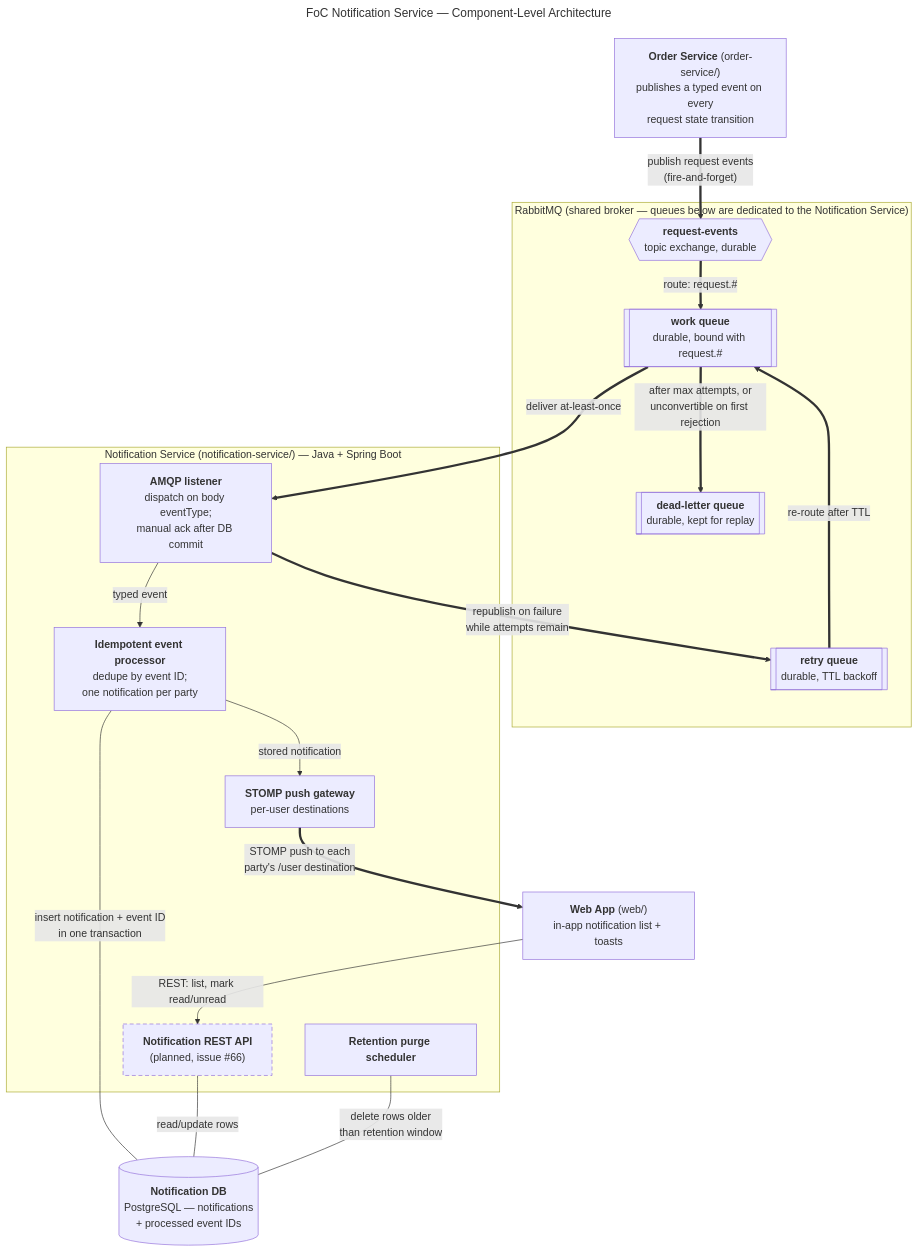
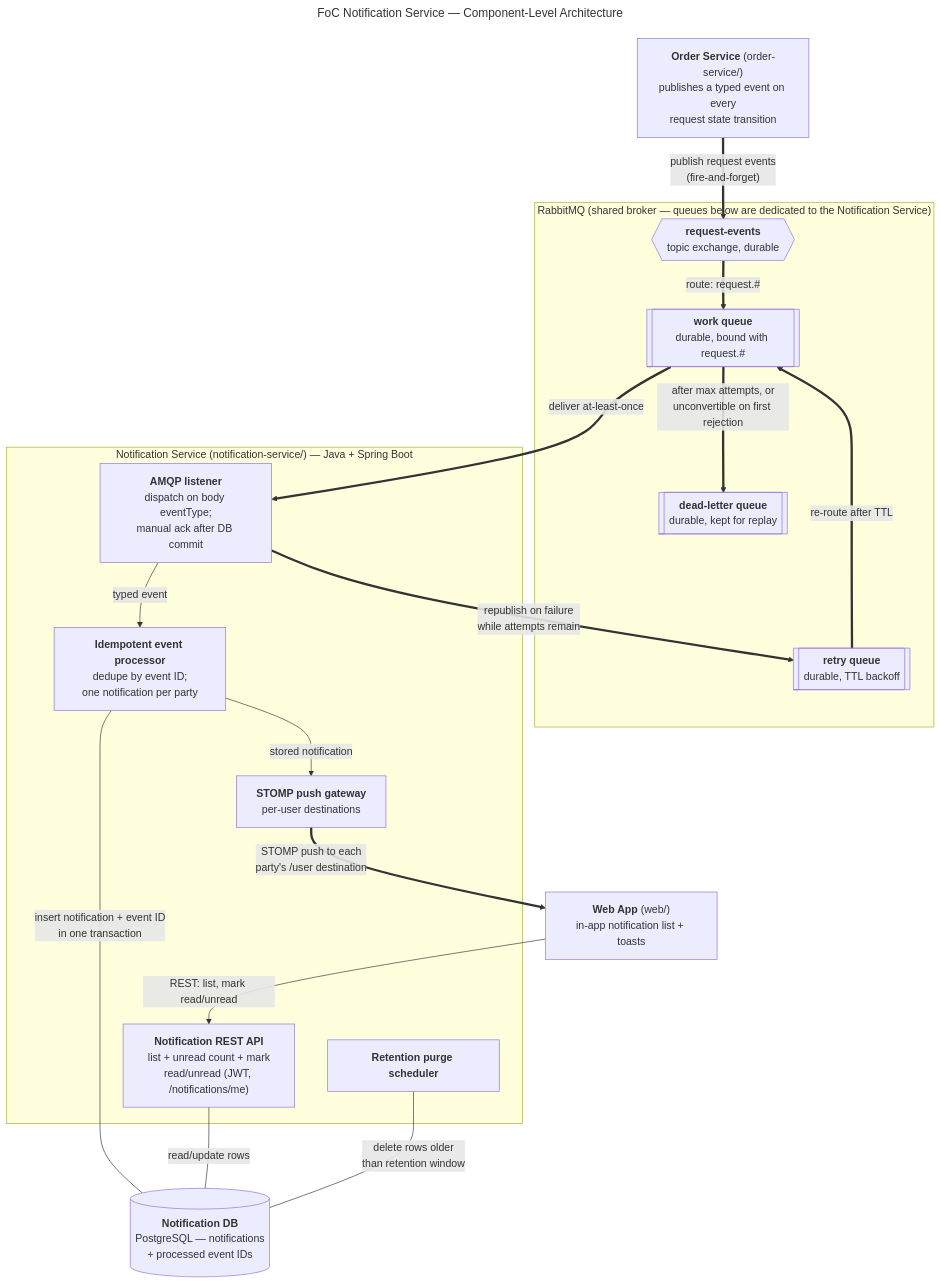
One commit to AY2627S1-CS3219-P23/foc changed the diagram in docs/notification-service.mmd. Above: the diagram before and after it, drawn with Mermaid. The commit also changed 55 other files, not shown here.

First line of the commit message:
feat(notification): REST API — list, unread count, mark read/unread (#66)

```diff
--- a/docs/notification-service.mmd
+++ b/docs/notification-service.mmd
@@ -1,48 +1,47 @@
 ---
 title: "FoC Notification Service — Component-Level Architecture"
 ---
 %% AI-assisted (CS3219 AI Usage Policy disclosure):
 %% Tool: Claude Code (Fable 5), 2026-09-15 – 2026-09-21.
 %% Scope: drew the team-decided design (decisions D1-D22, made by
 %% Leong Wei Zhi, recorded in docs/notification-service.md); the tool
 %% made no design decisions.
 %% Reviewed by: Leong Wei Zhi (via pull request).
+%% 2026-10-17, Claude Code (Fable 5), issue #66: the REST API node is
+%% built — dashed "planned" styling removed, label updated.
 %% Legend, decisions and traceability: see docs/notification-service.md
 flowchart TB
     ORDER_SVC["<b>Order Service</b> (order-service/)<br/>publishes a typed event on every<br/>request state transition"]
     WEB["<b>Web App</b> (web/)<br/>in-app notification list + toasts"]
 
     subgraph RABBIT ["RabbitMQ (shared broker — queues below are dedicated to the Notification Service)"]
         EXCH{{"<b>request-events</b><br/>topic exchange, durable"}}
         WORKQ[["<b>work queue</b><br/>durable, bound with request.#"]]
         RETRYQ[["<b>retry queue</b><br/>durable, TTL backoff"]]
         DLQ[["<b>dead-letter queue</b><br/>durable, kept for replay"]]
     end
 
     subgraph NOTIF ["Notification Service (notification-service/) — Java + Spring Boot"]
         LISTENER["<b>AMQP listener</b><br/>dispatch on body eventType;<br/>manual ack after DB commit"]
         PROCESSOR["<b>Idempotent event processor</b><br/>dedupe by event ID;<br/>one notification per party"]
-        API["<b>Notification REST API</b><br/>(planned, issue #66)"]
+        API["<b>Notification REST API</b><br/>list + unread count + mark<br/>read/unread (JWT, /notifications/me)"]
         PUSH["<b>STOMP push gateway</b><br/>per-user destinations"]
         PURGE["<b>Retention purge scheduler</b>"]
     end
 
     NOTIF_DB[("<b>Notification DB</b><br/>PostgreSQL — notifications<br/>+ processed event IDs")]
 
     ORDER_SVC ==>|"publish request events<br/>(fire-and-forget)"| EXCH
     EXCH ==>|"route: request.#"| WORKQ
     WORKQ ==>|"deliver at-least-once"| LISTENER
     LISTENER ==>|"republish on failure<br/>while attempts remain"| RETRYQ
     RETRYQ ==>|"re-route after TTL"| WORKQ
     WORKQ ==>|"after max attempts, or<br/>unconvertible on first rejection"| DLQ
 
     LISTENER -->|"typed event"| PROCESSOR
     PROCESSOR ---|"insert notification + event ID<br/>in one transaction"| NOTIF_DB
     PROCESSOR -->|"stored notification"| PUSH
     PUSH ==>|"STOMP push to each<br/>party's /user destination"| WEB
     WEB -->|"REST: list, mark read/unread"| API
     API ---|"read/update rows"| NOTIF_DB
     PURGE ---|"delete rows older<br/>than retention window"| NOTIF_DB
-
-    classDef planned stroke-dasharray: 6 4
-    class API planned
```
